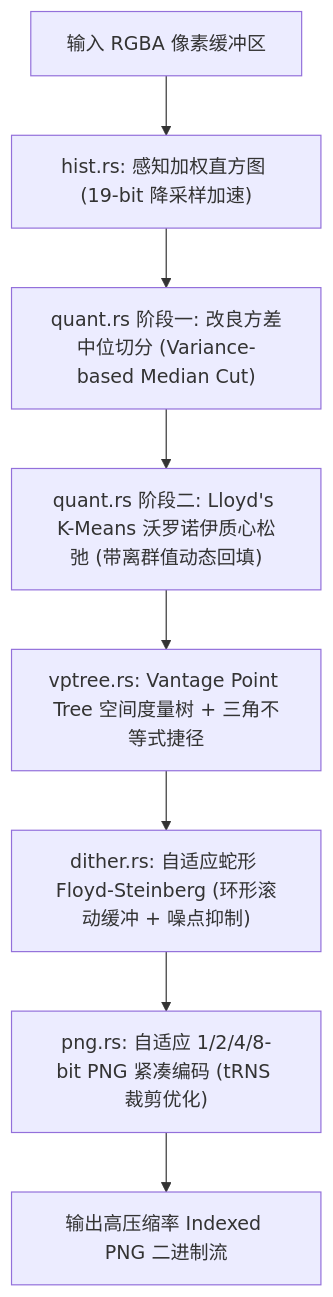
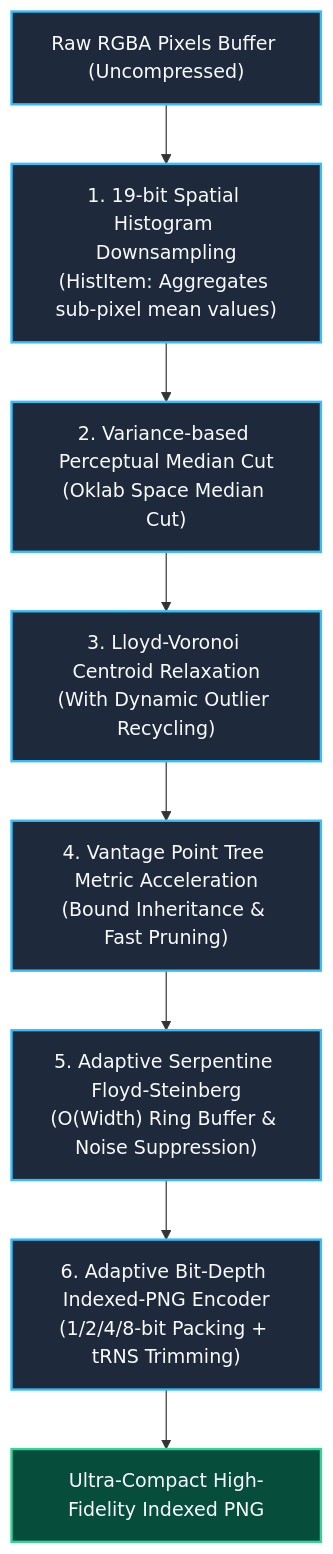
Before and after one commit to reed-soul/wasm-imagequant: the diagram in README.md, drawn with Mermaid. The commit also changed other lines of this file and 3 other files, not shown here.

````diff
--- a/README.md
+++ b/README.md
@@ -26,10 +62,13 @@
 ```mermaid
 flowchart TD
-    A["输入 RGBA 像素缓冲区"] --> B["hist.rs: 感知加权直方图 (19-bit 降采样加速)"]
-    B --> C["quant.rs 阶段一: 改良方差中位切分 (Variance-based Median Cut)"]
-    C --> D["quant.rs 阶段二: Lloyd's K-Means 沃罗诺伊质心松弛 (带离群值动态回填)"]
-    D --> E["vptree.rs: Vantage Point Tree 空间度量树 + 三角不等式捷径"]
-    E --> F["dither.rs: 自适应蛇形 Floyd-Steinberg (环形滚动缓冲 + 噪点抑制)"]
-    F --> G["png.rs: 自适应 1/2/4/8-bit PNG 紧凑编码 (tRNS 裁剪优化)"]
-    G --> H["输出高压缩率 Indexed PNG 二进制流"]
+    classDef step fill:#1e293b,stroke:#38bdf8,stroke-width:2px,color:#f8fafc;
+    classDef win fill:#064e3b,stroke:#34d399,stroke-width:2px,color:#f8fafc;
+
+    A["Raw RGBA Pixels Buffer (Uncompressed)"]:::step --> B["1. 19-bit Spatial Histogram Downsampling<br/>(HistItem: Aggregates sub-pixel mean values)"]:::step
+    B --> C["2. Variance-based Perceptual Median Cut<br/>(Oklab Space Median Cut)"]:::step
+    C --> D["3. Lloyd-Voronoi Centroid Relaxation<br/>(With Dynamic Outlier Recycling)"]:::step
+    D --> E["4. Vantage Point Tree Metric Acceleration<br/>(Bound Inheritance & Fast Pruning)"]:::step
+    E --> F["5. Adaptive Serpentine Floyd-Steinberg<br/>(O(Width) Ring Buffer & Noise Suppression)"]:::step
+    F --> G["6. Adaptive Bit-Depth Indexed-PNG Encoder<br/>(1/2/4/8-bit Packing + tRNS Trimming)"]:::step
+    G --> H["Ultra-Compact High-Fidelity Indexed PNG"]:::win
 ```
````
